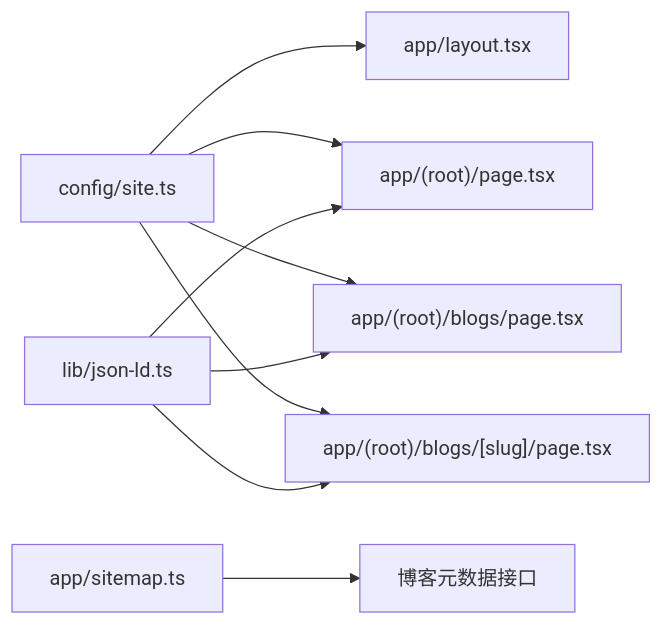
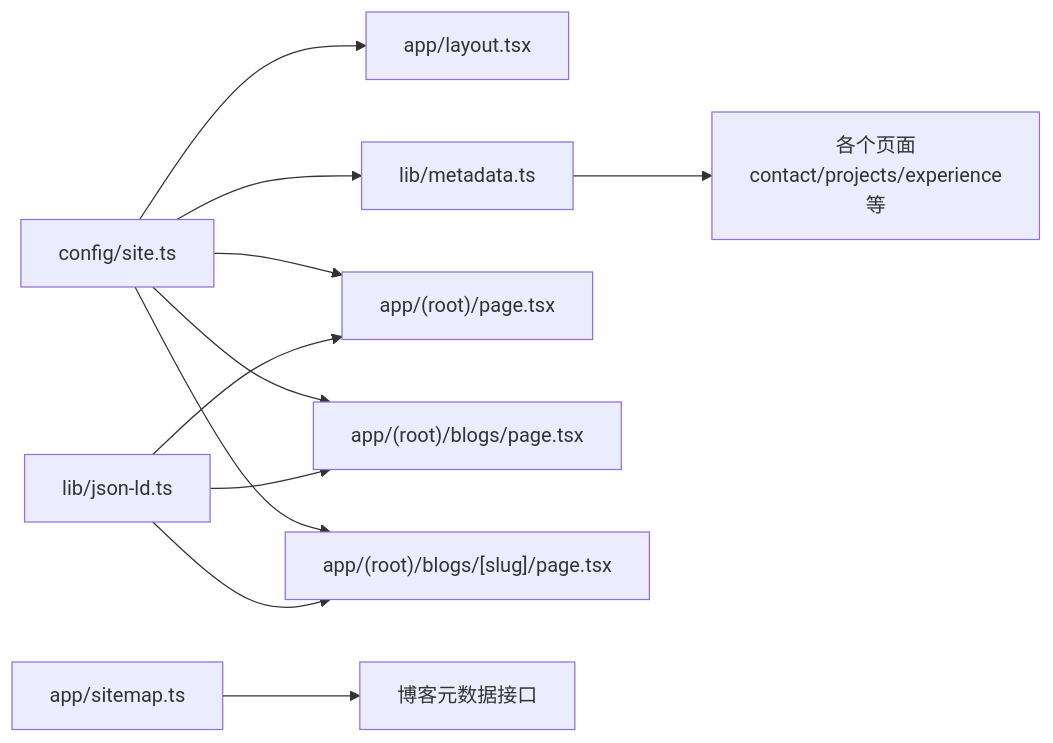
One commit to florianjsun/next-portfolio changed the fourth of 4 diagrams in .qoder/repowiki/zh/content/SEO优化.md. Above: the diagram before and after it, drawn with Mermaid. The commit also changed other lines of this file and 49 other files, not shown here.

````diff
--- a/.qoder/repowiki/zh/content/SEO优化.md
+++ b/.qoder/repowiki/zh/content/SEO优化.md
@@ -212,11 +286,13 @@
 ```mermaid
 graph LR
 Site["config/site.ts"] --> Root["app/layout.tsx"]
+Site --> Metadata["lib/metadata.ts"]
+Metadata --> Pages["各个页面<br/>contact/projects/experience等"]
 Site --> Home["app/(root)/page.tsx"]
 Site --> BlogList["app/(root)/blogs/page.tsx"]
 Site --> BlogDetail["app/(root)/blogs/[slug]/page.tsx"]
 JsonLd["lib/json-ld.ts"] --> Home
 JsonLd --> BlogList
 JsonLd --> BlogDetail
 Sitemap["app/sitemap.ts"] --> BlogsMeta["博客元数据接口"]
 ```
````
